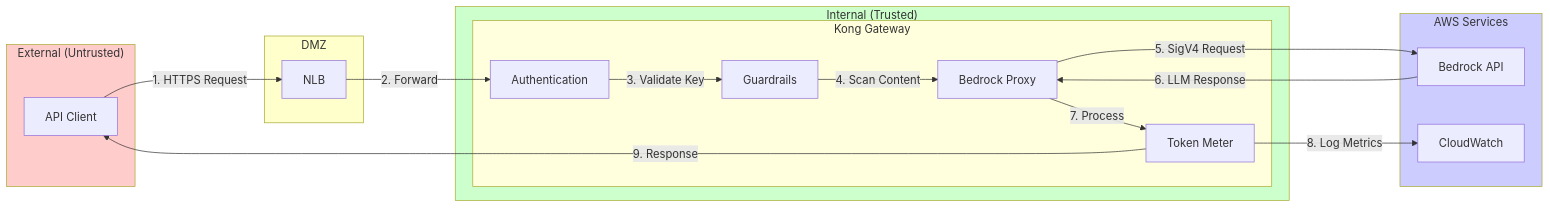
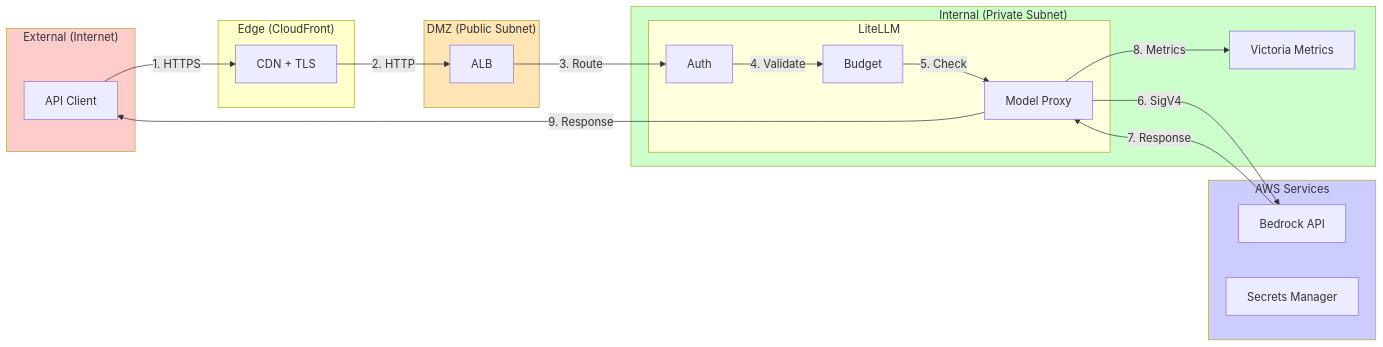
The sixth of 7 diagrams in docs/architecture/c4-architecture.md (lorenzogirardi/gw_llm), drawn with Mermaid before and after one commit. The commit also changed other lines of this file and 6 other files, not shown here.

First line of the commit message:
docs: update all documentation for LiteLLM architecture

````diff
--- a/docs/architecture/c4-architecture.md
+++ b/docs/architecture/c4-architecture.md
@@ -225,39 +194,44 @@
 ```mermaid
 flowchart LR
-    subgraph External["External (Untrusted)"]
+    subgraph External["External (Internet)"]
         client[API Client]
     end
 
-    subgraph DMZ["DMZ"]
-        nlb[NLB]
+    subgraph Edge["Edge (CloudFront)"]
+        cf[CDN + TLS]
     end
 
-    subgraph Internal["Internal (Trusted)"]
-        subgraph kong["Kong Gateway"]
-            auth[Authentication]
-            guard[Guardrails]
-            proxy[Bedrock Proxy]
-            meter[Token Meter]
+    subgraph DMZ["DMZ (Public Subnet)"]
+        alb[ALB]
+    end
+
+    subgraph Internal["Internal (Private Subnet)"]
+        subgraph litellm["LiteLLM"]
+            auth[Auth]
+            budget[Budget]
+            proxy[Model Proxy]
         end
+        metrics[Victoria Metrics]
     end
 
     subgraph AWS["AWS Services"]
         bedrock[Bedrock API]
-        cw[CloudWatch]
+        sm[Secrets Manager]
     end
 
-    client -->|1. HTTPS Request| nlb
-    nlb -->|2. Forward| auth
-    auth -->|3. Validate Key| guard
-    guard -->|4. Scan Content| proxy
-    proxy -->|5. SigV4 Request| bedrock
-    bedrock -->|6. LLM Response| proxy
-    proxy -->|7. Process| meter
-    meter -->|8. Log Metrics| cw
-    meter -->|9. Response| client
+    client -->|1. HTTPS| cf
+    cf -->|2. HTTP| alb
+    alb -->|3. Route| auth
+    auth -->|4. Validate| budget
+    budget -->|5. Check| proxy
+    proxy -->|6. SigV4| bedrock
+    bedrock -->|7. Response| proxy
+    proxy -->|8. Metrics| metrics
+    proxy -->|9. Response| client
 
     style External fill:#ffcccc
-    style DMZ fill:#ffffcc
+    style Edge fill:#ffffcc
+    style DMZ fill:#ffe4b5
     style Internal fill:#ccffcc
     style AWS fill:#ccccff
 ```
````
